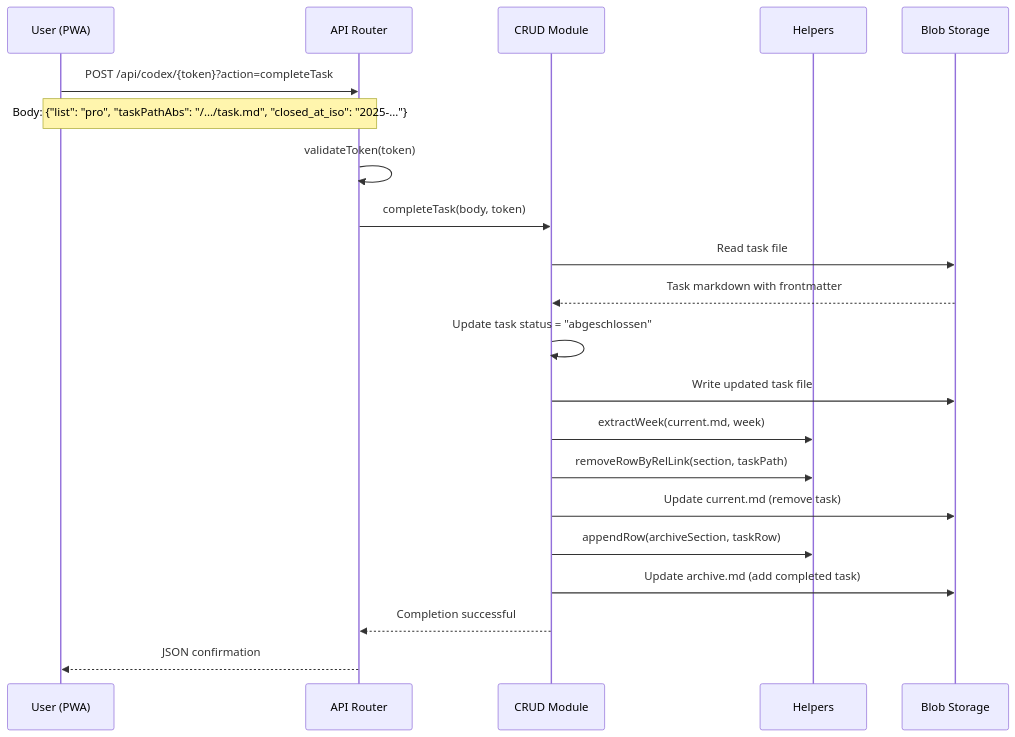
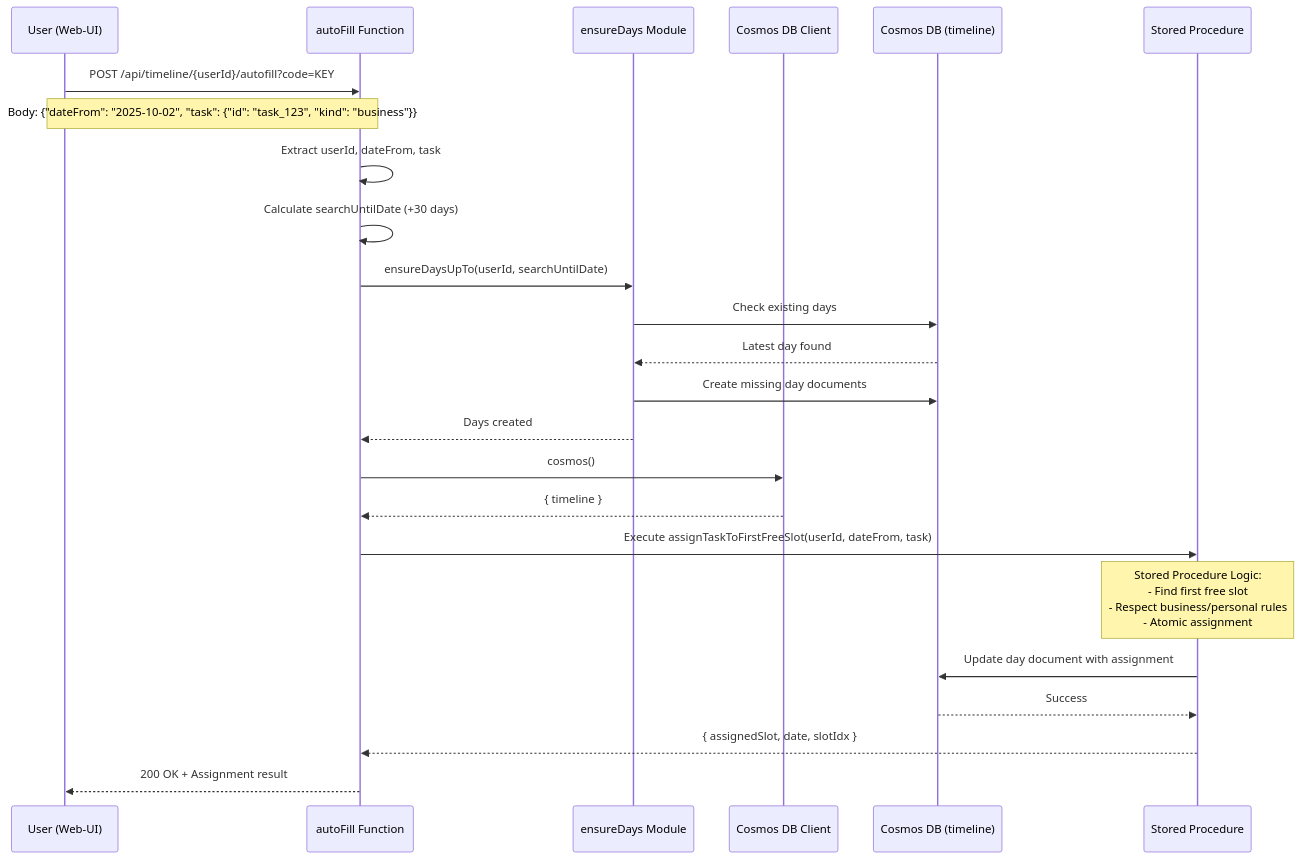
One commit to merlinbecker/CodexMiroir changed the seventh of 8 diagrams in documentation/arc42.md. Above: the diagram before and after it, drawn with Mermaid. The commit also changed other lines of this file, not shown here.

Commit message:
Update arc42.md with current architecture (Cosmos DB, /src/ structure, Azure Functions v4)

````diff
--- a/documentation/arc42.md
+++ b/documentation/arc42.md
@@ -309,30 +370,34 @@
 ```mermaid
 sequenceDiagram
-    participant U as User (PWA)
-    participant A as API Router
-    participant C as CRUD Module
-    participant H as Helpers
-    participant S as Blob Storage
+    participant U as User (Web-UI)
+    participant A as autoFill Function
+    participant E as ensureDays Module
+    participant C as Cosmos DB Client
+    participant TL as Cosmos DB (timeline)
+    participant SP as Stored Procedure
     
-    U->>A: POST /api/codex/{token}?action=completeTask
-    note over U,A: Body: {"list": "pro", "taskPathAbs": "/.../task.md", "closed_at_iso": "2025-..."}
+    U->>A: POST /api/timeline/{userId}/autofill?code=KEY
+    note over U,A: Body: {"dateFrom": "2025-10-02", "task": {"id": "task_123", "kind": "business"}}
     
-    A->>A: validateToken(token)
-    A->>C: completeTask(body, token)
+    A->>A: Extract userId, dateFrom, task
+    A->>A: Calculate searchUntilDate (+30 days)
     
-    C->>S: Read task file
-    S-->>C: Task markdown with frontmatter
+    A->>E: ensureDaysUpTo(userId, searchUntilDate)
+    E->>TL: Check existing days
+    TL-->>E: Latest day found
+    E->>TL: Create missing day documents
+    E-->>A: Days created
     
-    C->>C: Update task status = "abgeschlossen"
-    C->>S: Write updated task file
+    A->>C: cosmos()
+    C-->>A: { timeline }
     
-    C->>H: extractWeek(current.md, week)
-    C->>H: removeRowByRelLink(section, taskPath)
-    C->>S: Update current.md (remove task)
+    A->>SP: Execute assignTaskToFirstFreeSlot(userId, dateFrom, task)
+    note over SP: Stored Procedure Logic:<br/>- Find first free slot<br/>- Respect business/personal rules<br/>- Atomic assignment
     
-    C->>H: appendRow(archiveSection, taskRow)  
-    C->>S: Update archive.md (add completed task)
+    SP->>TL: Update day document with assignment
+    TL-->>SP: Success
     
-    C-->>A: Completion successful
-    A-->>U: JSON confirmation
+    SP-->>A: { assignedSlot, date, slotIdx }
+    
+    A-->>U: 200 OK + Assignment result
 ```
````
